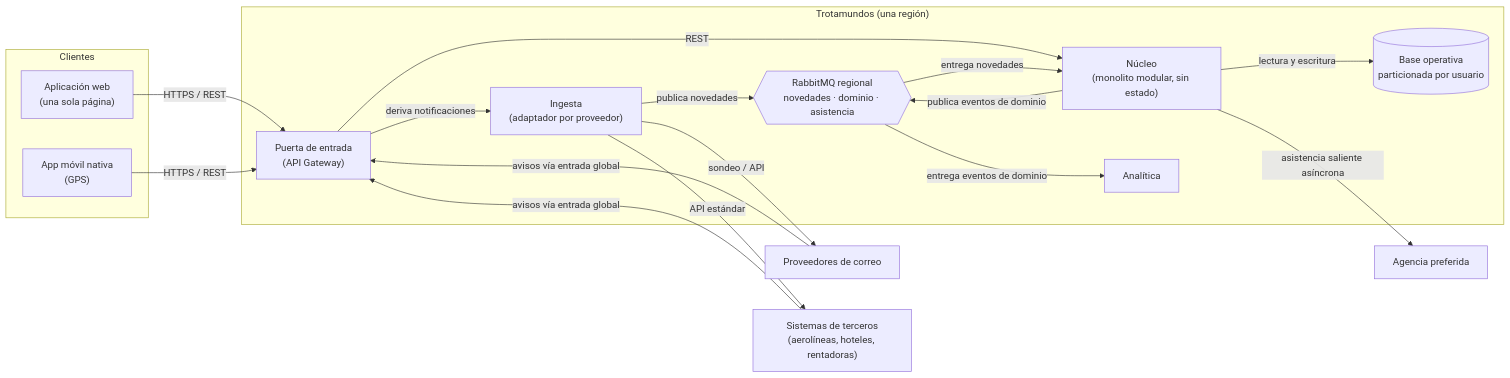
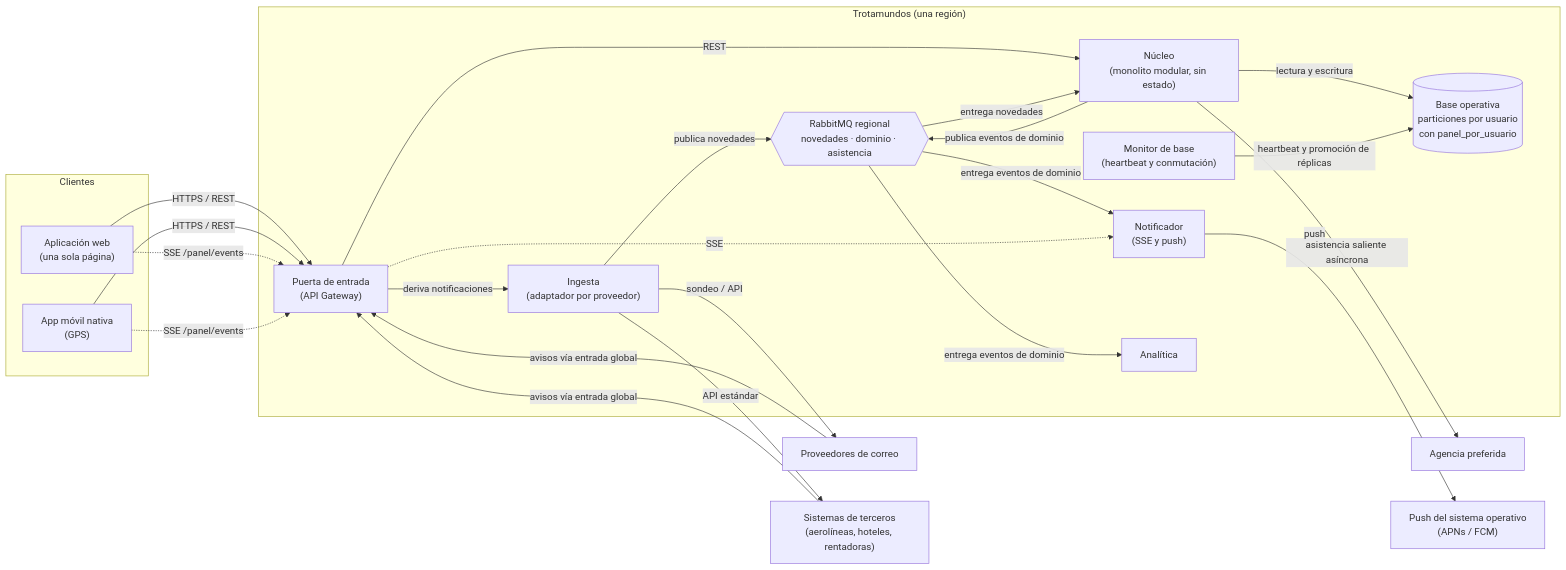
The diagram in trotamundos/docs/02-views/cc-view.md (TadeoBrun1/TPE_software), drawn with Mermaid before and after one commit. The commit also changed other lines of this file and 23 other files, not shown here.

````diff
--- a/trotamundos/docs/02-views/cc-view.md
+++ b/trotamundos/docs/02-views/cc-view.md
@@ -17,35 +17,43 @@
 ```mermaid
 flowchart LR
     subgraph Clientes
         W["Aplicación web<br/>(una sola página)"]
         M["App móvil nativa<br/>(GPS)"]
     end
 
     subgraph Trotamundos["Trotamundos (una región)"]
         G["Puerta de entrada<br/>(API Gateway)"]
         N["Núcleo<br/>(monolito modular, sin estado)"]
-        DB[("Base operativa<br/>particionada por usuario")]
+        NT["Notificador<br/>(SSE y push)"]
+        DB[("Base operativa<br/>particiones por usuario<br/>con panel_por_usuario")]
+        MB["Monitor de base<br/>(heartbeat y conmutación)"]
         B{{"RabbitMQ regional<br/>novedades · dominio · asistencia"}}
         I["Ingesta<br/>(adaptador por proveedor)"]
         A["Analítica"]
     end
 
     EC["Proveedores de correo"]
     ET["Sistemas de terceros<br/>(aerolíneas, hoteles, rentadoras)"]
 
     AG["Agencia preferida"]
     EC -- "avisos vía entrada global" --> G
     ET -- "avisos vía entrada global" --> G
     N -- "asistencia saliente asíncrona" --> AG
     G -- "deriva notificaciones" --> I
     W -- "HTTPS / REST" --> G
     M -- "HTTPS / REST" --> G
     G -- "REST" --> N
     N -- "lectura y escritura" --> DB
     I -- "sondeo / API" --> EC
     I -- "API estándar" --> ET
     I -- "publica novedades" --> B
     B -- "entrega novedades" --> N
     N -- "publica eventos de dominio" --> B
     B -- "entrega eventos de dominio" --> A
+    B -- "entrega eventos de dominio" --> NT
+    W -. "SSE /panel/events" .-> G
+    M -. "SSE /panel/events" .-> G
+    G -. "SSE" .-> NT
+    NT -- "push" --> PS["Push del sistema operativo<br/>(APNs / FCM)"]
+    MB -- "heartbeat y promoción de réplicas" --> DB
 ```
````
